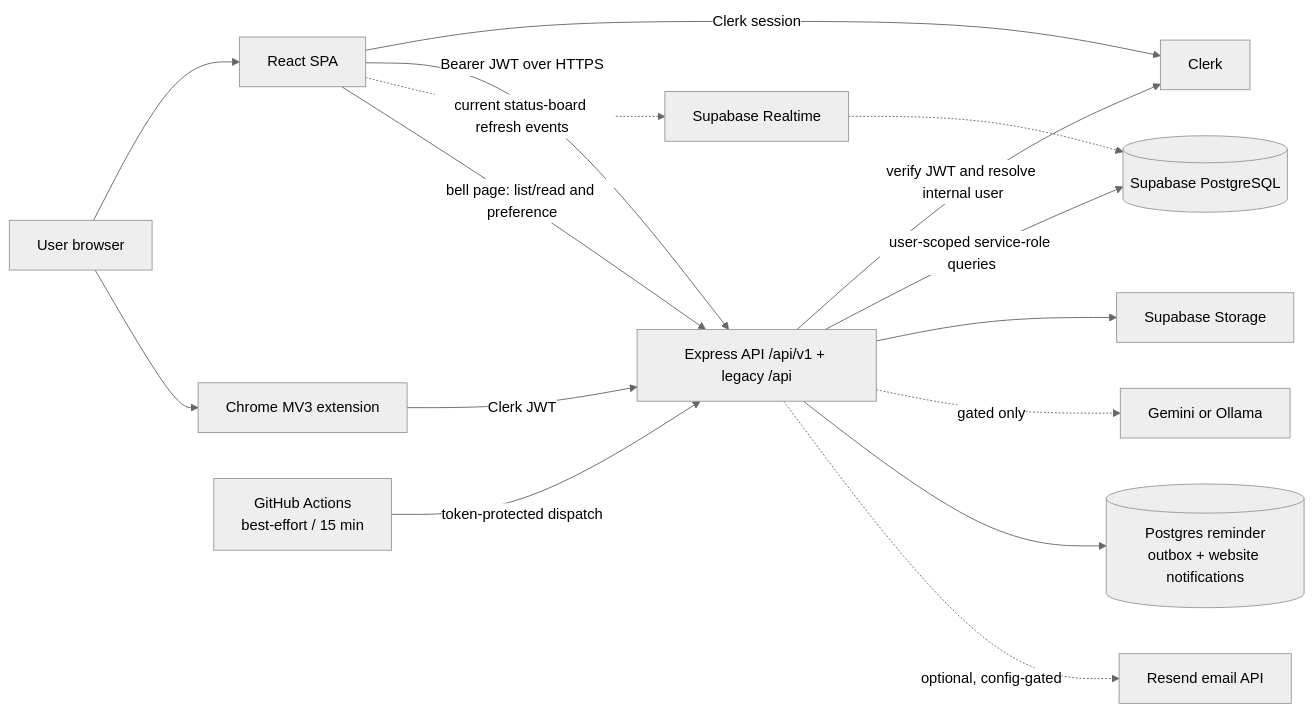
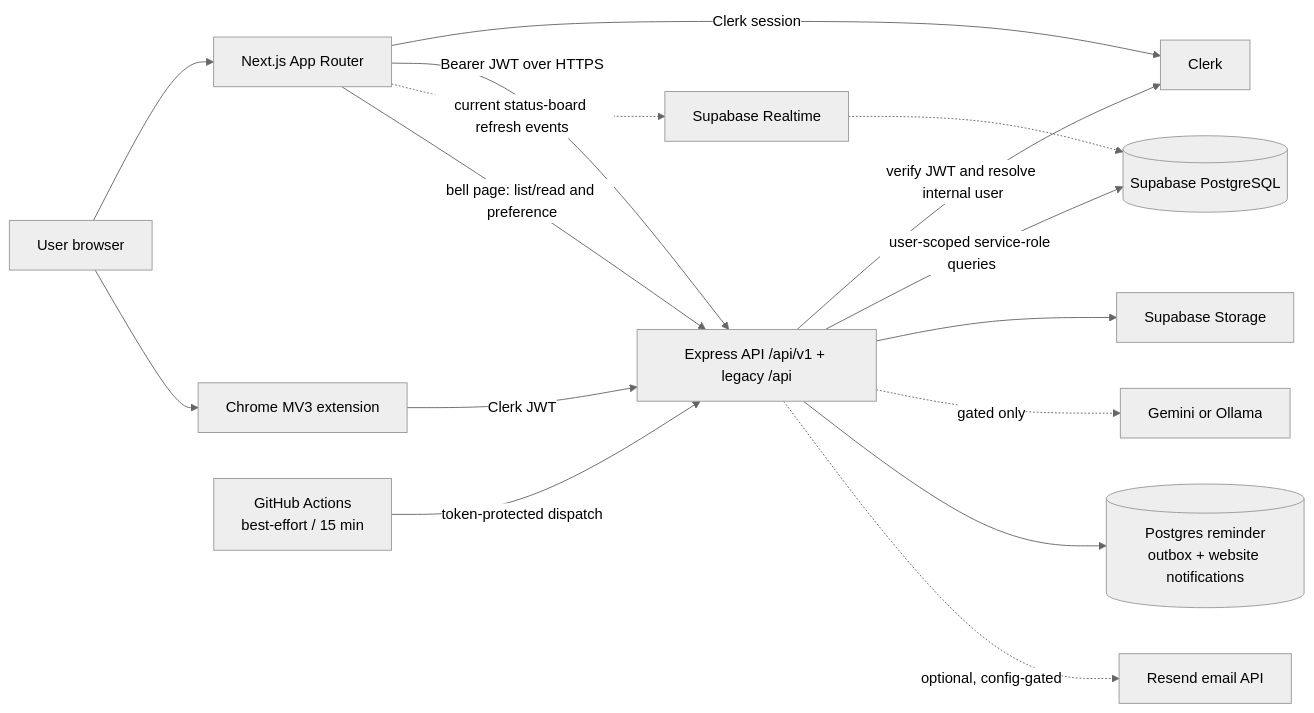
One commit to Venkat-Kolasani/FutureStack changed the first of 4 diagrams in docs/DOCUMENTATION.md. Above: the diagram before and after it, drawn with Mermaid (neutral theme). The commit also changed other lines of this file and 5 other files, not shown here.

First line of the commit message:
docs: describe the Next.js App Router frontend

````diff
--- a/docs/DOCUMENTATION.md
+++ b/docs/DOCUMENTATION.md
@@ -69,18 +69,18 @@
 ```mermaid
 flowchart LR
-  U["User browser"] --> R["React SPA"]
+  U["User browser"] --> R["Next.js App Router"]
   U --> X["Chrome MV3 extension"]
   R -->|"Clerk session"| C["Clerk"]
   R -->|"Bearer JWT over HTTPS"| A["Express API /api/v1 + legacy /api"]
   X -->|"Clerk JWT"| A
   A -->|"verify JWT and resolve internal user"| C
   A -->|"user-scoped service-role queries"| DB[("Supabase PostgreSQL")]
   R -. "current status-board refresh events" .-> RT["Supabase Realtime"]
   RT -.-> DB
   A --> ST["Supabase Storage"]
   A -. "gated only" .-> LLM["Gemini or Ollama"]
   G["GitHub Actions\nbest-effort / 15 min"] -->|"token-protected dispatch"| A
   A --> J[("Postgres reminder\noutbox + website notifications")]
   R -->|"bell page: list/read and preference"| A
   A -. "optional, config-gated" .-> E["Resend email API"]
 ```
````
